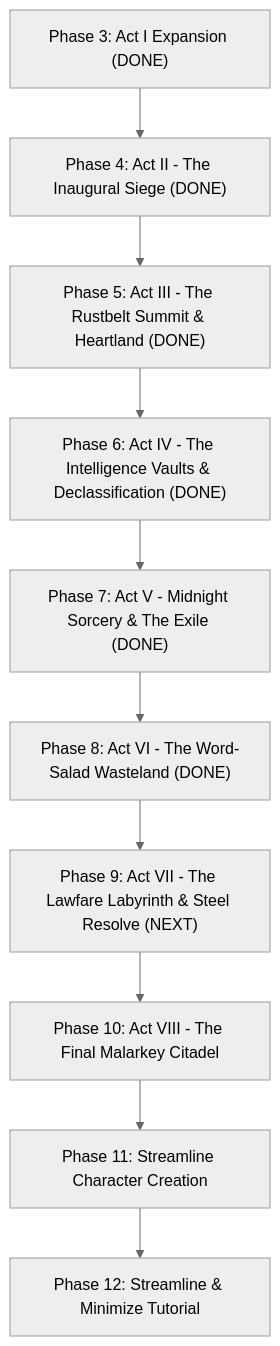
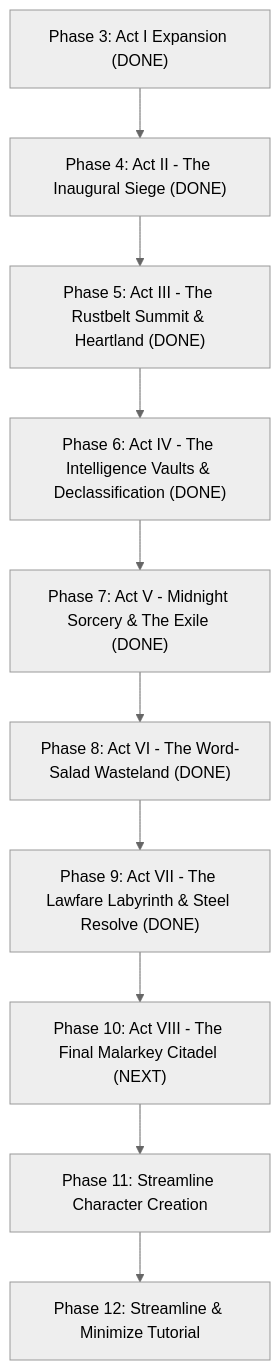
One commit to Todd0042/commander-america-rpg changed the diagram in PROJECT_HANDOFF_PLAN.md. Above: the diagram before and after it, drawn with Mermaid (neutral theme). The commit also changed other lines of this file and 4 other files, not shown here.

Commit message:
Complete Phase 9: Act VII The Lawfare Labyrinth & Steel Resolve (5 chapters, encounters, debug warps, tests)

````diff
--- a/PROJECT_HANDOFF_PLAN.md
+++ b/PROJECT_HANDOFF_PLAN.md
@@ -162,12 +172,12 @@
 ```mermaid
 flowchart TD
     P3["Phase 3: Act I Expansion (DONE)"] --> P4["Phase 4: Act II - The Inaugural Siege (DONE)"]
     P4 --> P5["Phase 5: Act III - The Rustbelt Summit & Heartland (DONE)"]
     P5 --> P6["Phase 6: Act IV - The Intelligence Vaults & Declassification (DONE)"]
     P6 --> P7["Phase 7: Act V - Midnight Sorcery & The Exile (DONE)"]
     P7 --> P8["Phase 8: Act VI - The Word-Salad Wasteland (DONE)"]
-    P8 --> P9["Phase 9: Act VII - The Lawfare Labyrinth & Steel Resolve (NEXT)"]
-    P9 --> P10["Phase 10: Act VIII - The Final Malarkey Citadel"]
+    P8 --> P9["Phase 9: Act VII - The Lawfare Labyrinth & Steel Resolve (DONE)"]
+    P9 --> P10["Phase 10: Act VIII - The Final Malarkey Citadel (NEXT)"]
     P10 --> P11["Phase 11: Streamline Character Creation"]
     P11 --> P12["Phase 12: Streamline & Minimize Tutorial"]
 ```
````
